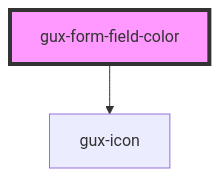
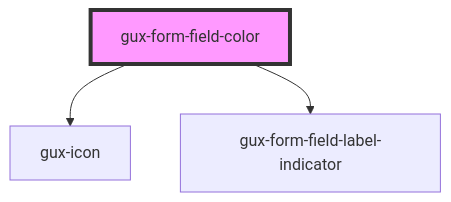
The diagram in packages/genesys-spark-components/src/components/stable/gux-form-field/components/gux-form-field-color/readme.md (MyPureCloud/genesys-spark), drawn with Mermaid before and after one commit. The commit also changed other lines of this file and 49 other files, not shown here.

First line of the commit message:
feat(other): Add form field optional indicator files

````diff
--- a/packages/genesys-spark-components/src/components/stable/gux-form-field/components/gux-form-field-color/readme.md
+++ b/packages/genesys-spark-components/src/components/stable/gux-form-field/components/gux-form-field-color/readme.md
@@ -32,5 +34,6 @@
 ```mermaid
 graph TD;
   gux-form-field-color --> gux-icon
+  gux-form-field-color --> gux-form-field-label-indicator
   style gux-form-field-color fill:#f9f,stroke:#333,stroke-width:4px
 ```
````
